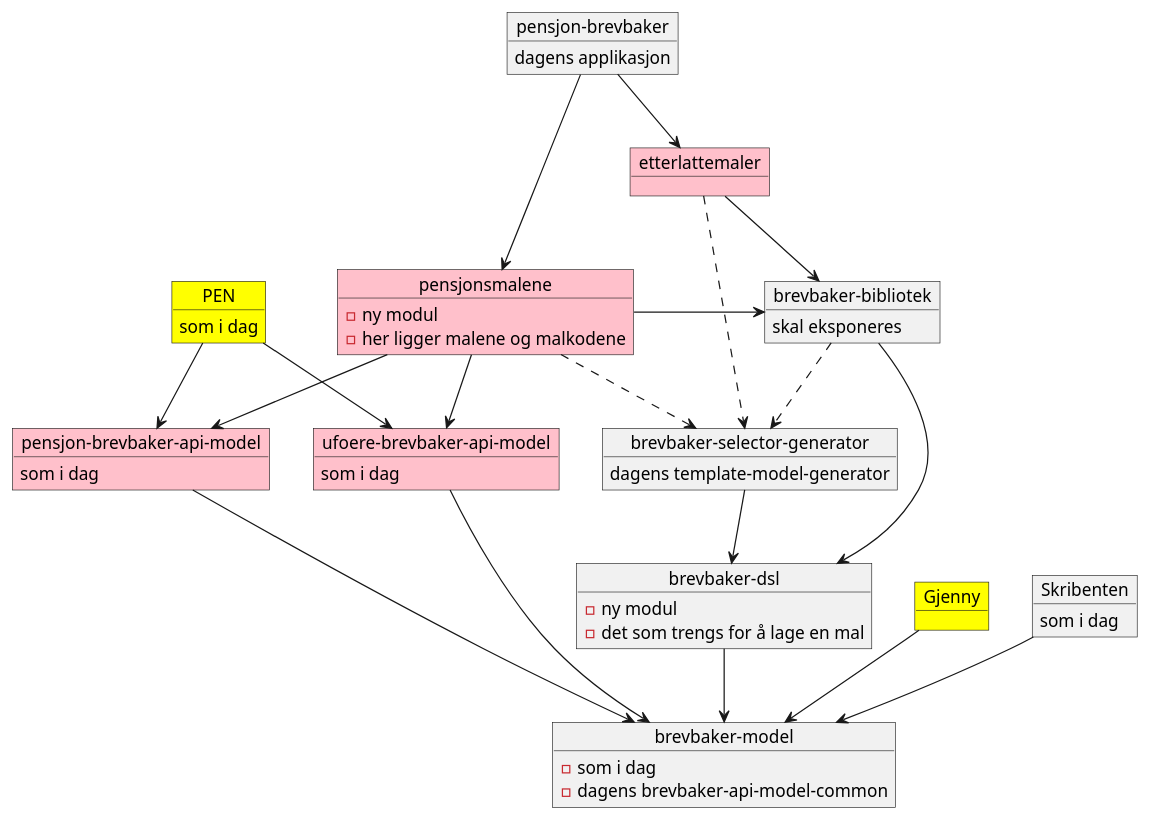
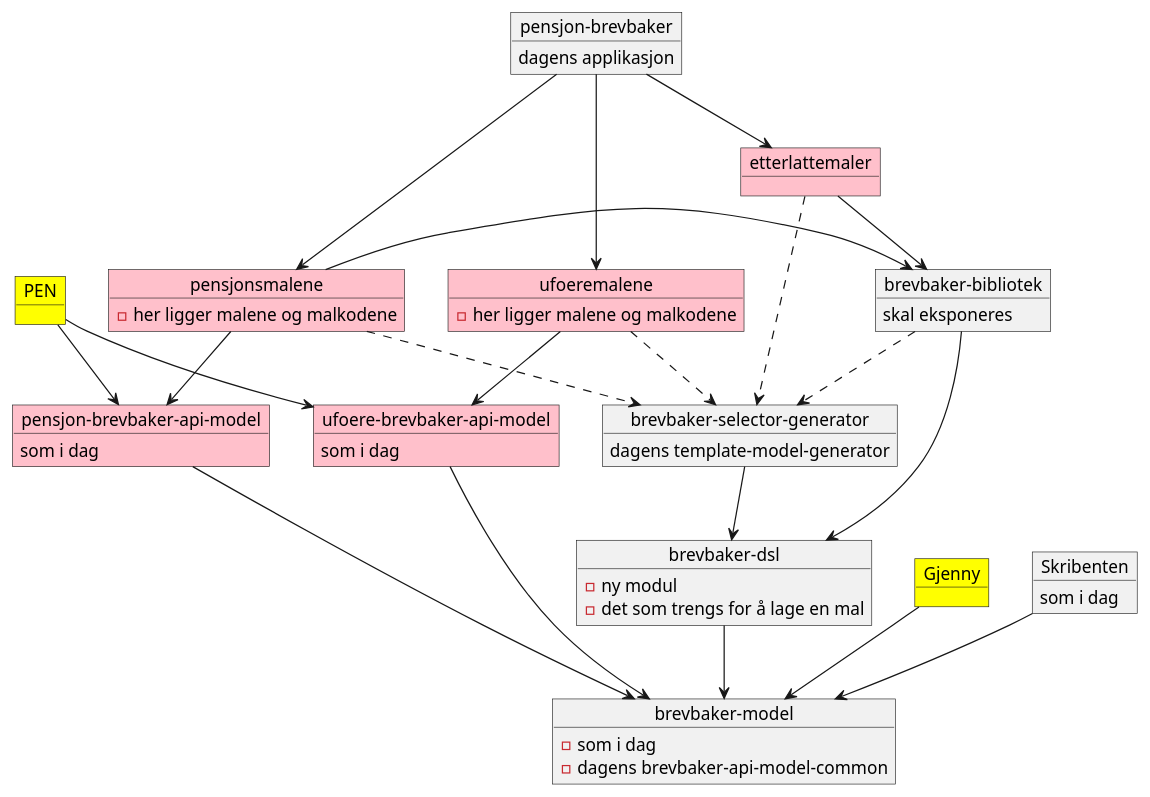
One commit to navikt/pensjonsbrev changed the diagram in docs/moduldiagram.puml. Above: the diagram before and after it, drawn with PlantUML. The commit also changed 1 other file, not shown here.

Commit message:
Oppdaterer diagrammet litt

```diff
--- a/docs/moduldiagram.puml
+++ b/docs/moduldiagram.puml
@@ -1,64 +1,67 @@
 @startuml
 
 object "pensjon-brevbaker" as brevbaker
 brevbaker : dagens applikasjon
 
 object pensjonsmalene #pink
-pensjonsmalene : - ny modul
 pensjonsmalene : - her ligger malene og malkodene
+
+object ufoeremalene #pink
+ufoeremalene : - her ligger malene og malkodene
+
 
 object "etterlattemaler" as etterlatte #pink
 
 object "pensjon-brevbaker-api-model" as pensjonapimodel #pink
 pensjonapimodel : som i dag
 
 object "ufoere-brevbaker-api-model" as ufoereapimodel #pink
 ufoereapimodel : som i dag
 
 object "brevbaker-dsl" as dsl
 dsl : - ny modul
 dsl : - det som trengs for å lage en mal
 
 object "brevbaker-bibliotek" as bibliotek
 bibliotek : skal eksponeres
 
 object Gjenny #yellow
 
 object "brevbaker-model" as modelcommon
 modelcommon : - som i dag
 modelcommon : - dagens brevbaker-api-model-common
 
 object "brevbaker-selector-generator" as tmg
 tmg : dagens template-model-generator
 
 object PEN #yellow
-PEN : som i dag
 
 object Skribenten
 Skribenten : som i dag
 
 bibliotek --> dsl
 brevbaker --> pensjonsmalene
+brevbaker --> ufoeremalene
 brevbaker --> etterlatte
 pensjonsmalene --> pensjonapimodel
 
-pensjonsmalene --> ufoereapimodel
-'denne er midlertidig fram til vi får eigen uføre-modell også
+ufoeremalene --> ufoereapimodel
 
 pensjonsmalene -> bibliotek
 etterlatte --> bibliotek
 pensjonapimodel --> modelcommon
 ufoereapimodel --> modelcommon
 dsl --> modelcommon
 tmg --> dsl
 etterlatte ..> tmg
 pensjonsmalene ..> tmg
+ufoeremalene ..> tmg
 bibliotek ..> tmg
 
 PEN --> pensjonapimodel
 PEN --> ufoereapimodel
 Gjenny --> modelcommon
 
 Skribenten --> modelcommon
 
 @enduml
```
